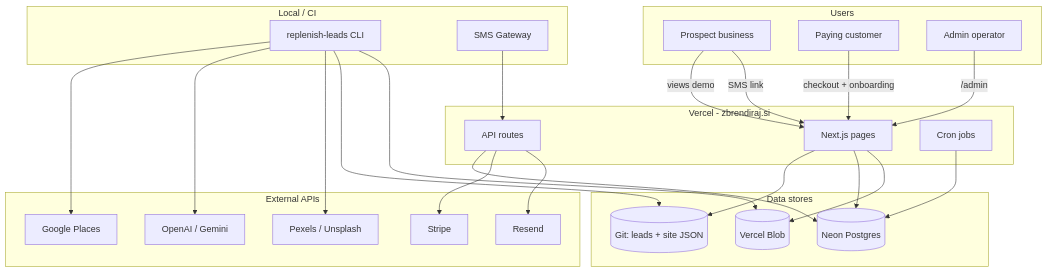
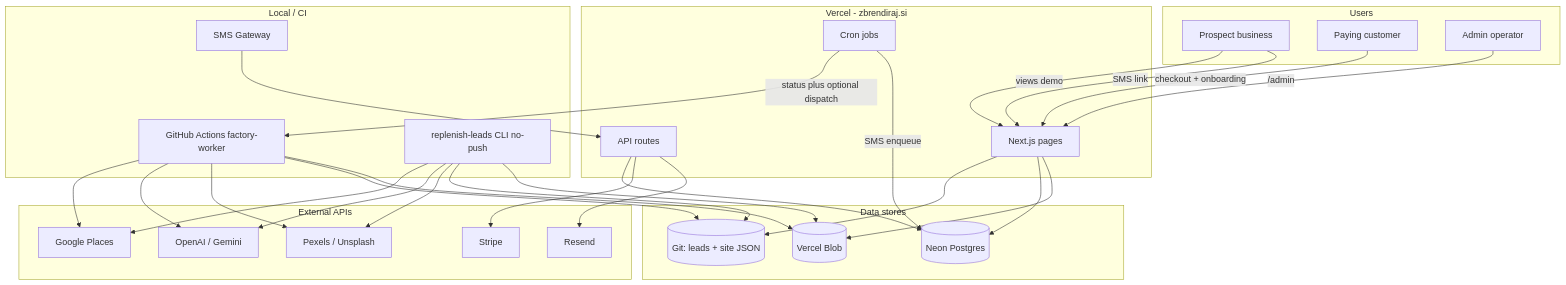
Before and after one commit to tadejss/ai-websites: the second of 5 diagrams in docs/ARCHITECTURE.md, drawn with Mermaid. The commit also changed other lines of this file and 16 other files, not shown here.

````diff
--- a/docs/ARCHITECTURE.md
+++ b/docs/ARCHITECTURE.md
@@ -764,53 +814,60 @@
 ```mermaid
 flowchart TB
   subgraph users [Users]
     PROSPECT[Prospect business]
     CUSTOMER[Paying customer]
     ADMIN[Admin operator]
   end
 
   subgraph vercel [Vercel - zbrendiraj.si]
     WEB[Next.js pages]
     API[API routes]
     CRON[Cron jobs]
   end
 
   subgraph local [Local / CI]
-    CLI[replenish-leads CLI]
+    GHA[GitHub Actions factory-worker]
+    CLI[replenish-leads CLI no-push]
     GW[SMS Gateway]
   end
 
   subgraph data [Data stores]
     GIT[(Git: leads + site JSON)]
     NEON[(Neon Postgres)]
     BLOB[(Vercel Blob)]
   end
 
   subgraph external [External APIs]
     PLACES[Google Places]
     AI[OpenAI / Gemini]
     STOCK[Pexels / Unsplash]
     STRIPE[Stripe]
     RESEND[Resend]
   end
 
   PROSPECT -->|views demo| WEB
   PROSPECT -->|SMS link| WEB
   CUSTOMER -->|checkout + onboarding| WEB
   ADMIN -->|/admin| WEB
 
+  GHA --> PLACES
+  GHA --> AI
+  GHA --> STOCK
+  GHA --> GIT
+  GHA --> BLOB
   CLI --> PLACES
   CLI --> AI
   CLI --> STOCK
   CLI --> GIT
   CLI --> BLOB
 
-  CRON --> NEON
+  CRON -->|status plus optional dispatch| GHA
+  CRON -->|SMS enqueue| NEON
   GW --> API
   API --> NEON
   API --> STRIPE
   API --> RESEND
   WEB --> GIT
   WEB --> NEON
   WEB --> BLOB
 ```
````
